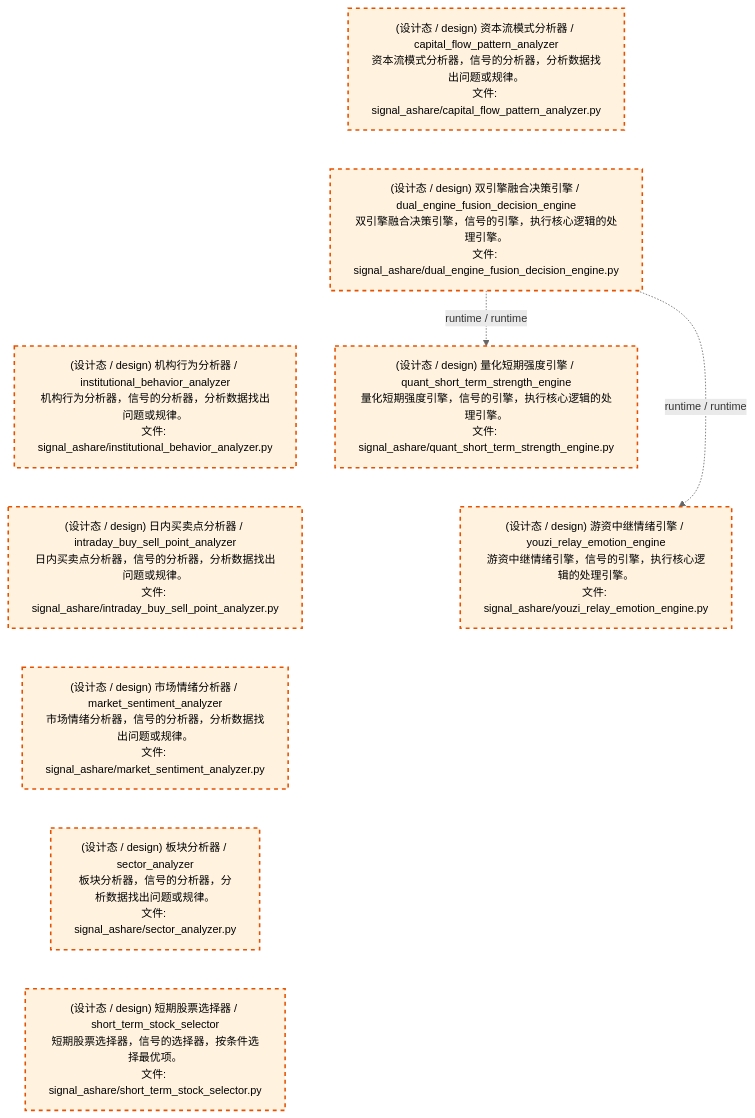
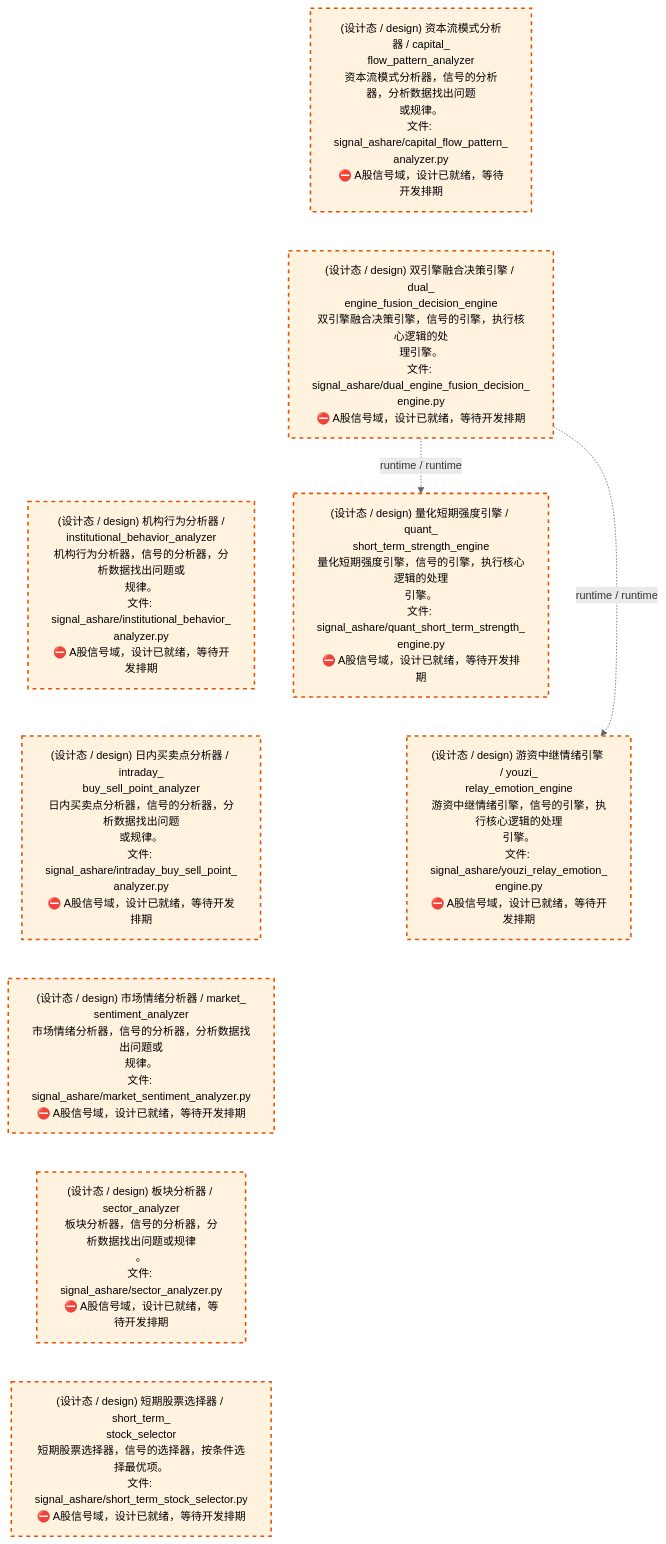
Before and after one commit to xuanFelixVan/ZephyrAlpha: the third of 4 diagrams in docs/02_enterprise_architecture/02_domain_architecture_docs/32_d_ashare_signal.md, drawn with Mermaid. The commit also changed other lines of this file and 61 other files, not shown here.

````diff
--- a/docs/02_enterprise_architecture/02_domain_architecture_docs/32_d_ashare_signal.md
+++ b/docs/02_enterprise_architecture/02_domain_architecture_docs/32_d_ashare_signal.md
@@ -130,27 +130,27 @@
 ```mermaid
 %%{init: {'theme': 'base', 'themeVariables': {'primaryColor': '#eaeaea', 'primaryTextColor': '#333333', 'primaryBorderColor': '#666666', 'lineColor': '#666666', 'secondaryColor': '#eaeaea', 'tertiaryColor': '#eaeaea', 'fontSize': '14px'}}}%%
 flowchart TD
-    src_zephyr_signal_ashare_capital_flow_pattern_analyzer_py["(设计态 / design) 资本流模式分析器 / capital_flow_pattern_analyzer<br/>资本流模式分析器，信号的分析器，分析数据找出问题或规律。<br/>文件: signal_ashare/capital_flow_pattern_analyzer.py"]
-    src_zephyr_signal_ashare_dual_engine_fusion_decision_engine_py["(设计态 / design) 双引擎融合决策引擎 / dual_engine_fusion_decision_engine<br/>双引擎融合决策引擎，信号的引擎，执行核心逻辑的处理引擎。<br/>文件: signal_ashare/dual_engine_fusion_decision_engine.py"]
-    src_zephyr_signal_ashare_institutional_behavior_analyzer_py["(设计态 / design) 机构行为分析器 / institutional_behavior_analyzer<br/>机构行为分析器，信号的分析器，分析数据找出问题或规律。<br/>文件: signal_ashare/institutional_behavior_analyzer.py"]
-    src_zephyr_signal_ashare_intraday_buy_sell_point_analyzer_py["(设计态 / design) 日内买卖点分析器 / intraday_buy_sell_point_analyzer<br/>日内买卖点分析器，信号的分析器，分析数据找出问题或规律。<br/>文件: signal_ashare/intraday_buy_sell_point_analyzer.py"]
-    src_zephyr_signal_ashare_market_sentiment_analyzer_py["(设计态 / design) 市场情绪分析器 / market_sentiment_analyzer<br/>市场情绪分析器，信号的分析器，分析数据找出问题或规律。<br/>文件: signal_ashare/market_sentiment_analyzer.py"]
-    src_zephyr_signal_ashare_sector_analyzer_py["(设计态 / design) 板块分析器 / sector_analyzer<br/>板块分析器，信号的分析器，分析数据找出问题或规律。<br/>文件: signal_ashare/sector_analyzer.py"]
-    src_zephyr_signal_ashare_short_term_stock_selector_py["(设计态 / design) 短期股票选择器 / short_term_stock_selector<br/>短期股票选择器，信号的选择器，按条件选择最优项。<br/>文件: signal_ashare/short_term_stock_selector.py"]
+    src_zephyr_signal_ashare_capital_flow_pattern_analyzer_py["(设计态 / design) 资本流模式分析器 / capital_<br/>flow_pattern_analyzer<br/>资本流模式分析器，信号的分析器，分析数据找出问题<br/>或规律。<br/>文件: signal_ashare/capital_flow_pattern_<br/>analyzer.py<br/>⛔ A股信号域，设计已就绪，等待开发排期"]
+    src_zephyr_signal_ashare_dual_engine_fusion_decision_engine_py["(设计态 / design) 双引擎融合决策引擎 / dual_<br/>engine_fusion_decision_engine<br/>双引擎融合决策引擎，信号的引擎，执行核心逻辑的处<br/>理引擎。<br/>文件: signal_ashare/dual_engine_fusion_decision_<br/>engine.py<br/>⛔ A股信号域，设计已就绪，等待开发排期"]
+    src_zephyr_signal_ashare_institutional_behavior_analyzer_py["(设计态 / design) 机构行为分析器 /<br/>institutional_behavior_analyzer<br/>机构行为分析器，信号的分析器，分析数据找出问题或<br/>规律。<br/>文件: signal_ashare/institutional_behavior_<br/>analyzer.py<br/>⛔ A股信号域，设计已就绪，等待开发排期"]
+    src_zephyr_signal_ashare_intraday_buy_sell_point_analyzer_py["(设计态 / design) 日内买卖点分析器 / intraday_<br/>buy_sell_point_analyzer<br/>日内买卖点分析器，信号的分析器，分析数据找出问题<br/>或规律。<br/>文件: signal_ashare/intraday_buy_sell_point_<br/>analyzer.py<br/>⛔ A股信号域，设计已就绪，等待开发排期"]
+    src_zephyr_signal_ashare_market_sentiment_analyzer_py["(设计态 / design) 市场情绪分析器 / market_<br/>sentiment_analyzer<br/>市场情绪分析器，信号的分析器，分析数据找出问题或<br/>规律。<br/>文件: signal_ashare/market_sentiment_analyzer.py<br/>⛔ A股信号域，设计已就绪，等待开发排期"]
+    src_zephyr_signal_ashare_sector_analyzer_py["(设计态 / design) 板块分析器 / sector_analyzer<br/>板块分析器，信号的分析器，分析数据找出问题或规律<br/>。<br/>文件: signal_ashare/sector_analyzer.py<br/>⛔ A股信号域，设计已就绪，等待开发排期"]
+    src_zephyr_signal_ashare_short_term_stock_selector_py["(设计态 / design) 短期股票选择器 / short_term_<br/>stock_selector<br/>短期股票选择器，信号的选择器，按条件选择最优项。<br/>文件: signal_ashare/short_term_stock_selector.py<br/>⛔ A股信号域，设计已就绪，等待开发排期"]
     src_zephyr_signal_ashare_capital_flow_pattern_analyzer_py ~~~ src_zephyr_signal_ashare_dual_engine_fusion_decision_engine_py
     src_zephyr_signal_ashare_dual_engine_fusion_decision_engine_py ~~~ src_zephyr_signal_ashare_institutional_behavior_analyzer_py
     src_zephyr_signal_ashare_institutional_behavior_analyzer_py ~~~ src_zephyr_signal_ashare_intraday_buy_sell_point_analyzer_py
     src_zephyr_signal_ashare_intraday_buy_sell_point_analyzer_py ~~~ src_zephyr_signal_ashare_market_sentiment_analyzer_py
     src_zephyr_signal_ashare_market_sentiment_analyzer_py ~~~ src_zephyr_signal_ashare_sector_analyzer_py
     src_zephyr_signal_ashare_sector_analyzer_py ~~~ src_zephyr_signal_ashare_short_term_stock_selector_py
-    src_zephyr_signal_ashare_quant_short_term_strength_engine_py["(设计态 / design) 量化短期强度引擎 / quant_short_term_strength_engine<br/>量化短期强度引擎，信号的引擎，执行核心逻辑的处理引擎。<br/>文件: signal_ashare/quant_short_term_strength_engine.py"]
-    src_zephyr_signal_ashare_youzi_relay_emotion_engine_py["(设计态 / design) 游资中继情绪引擎 / youzi_relay_emotion_engine<br/>游资中继情绪引擎，信号的引擎，执行核心逻辑的处理引擎。<br/>文件: signal_ashare/youzi_relay_emotion_engine.py"]
+    src_zephyr_signal_ashare_quant_short_term_strength_engine_py["(设计态 / design) 量化短期强度引擎 / quant_<br/>short_term_strength_engine<br/>量化短期强度引擎，信号的引擎，执行核心逻辑的处理<br/>引擎。<br/>文件: signal_ashare/quant_short_term_strength_<br/>engine.py<br/>⛔ A股信号域，设计已就绪，等待开发排期"]
+    src_zephyr_signal_ashare_youzi_relay_emotion_engine_py["(设计态 / design) 游资中继情绪引擎 / youzi_<br/>relay_emotion_engine<br/>游资中继情绪引擎，信号的引擎，执行核心逻辑的处理<br/>引擎。<br/>文件: signal_ashare/youzi_relay_emotion_<br/>engine.py<br/>⛔ A股信号域，设计已就绪，等待开发排期"]
     src_zephyr_signal_ashare_quant_short_term_strength_engine_py ~~~ src_zephyr_signal_ashare_youzi_relay_emotion_engine_py
     src_zephyr_signal_ashare_dual_engine_fusion_decision_engine_py -.->|runtime / runtime| src_zephyr_signal_ashare_youzi_relay_emotion_engine_py
     src_zephyr_signal_ashare_dual_engine_fusion_decision_engine_py -.->|runtime / runtime| src_zephyr_signal_ashare_quant_short_term_strength_engine_py
     classDef production fill:#e1f5fe,stroke:#01579b,stroke-width:2px,color:#000
     classDef design fill:#fff3e0,stroke:#e65100,stroke-width:2px,color:#000,stroke-dasharray: 5 5
     classDef external_prod fill:#e8f4fd,stroke:#0277bd,stroke-width:1px,color:#000
     classDef external_design fill:#fff8e7,stroke:#ef6c00,stroke-width:1px,color:#000,stroke-dasharray: 5 5
     class src_zephyr_signal_ashare_capital_flow_pattern_analyzer_py,src_zephyr_signal_ashare_dual_engine_fusion_decision_engine_py,src_zephyr_signal_ashare_institutional_behavior_analyzer_py,src_zephyr_signal_ashare_intraday_buy_sell_point_analyzer_py,src_zephyr_signal_ashare_market_sentiment_analyzer_py,src_zephyr_signal_ashare_quant_short_term_strength_engine_py,src_zephyr_signal_ashare_sector_analyzer_py,src_zephyr_signal_ashare_short_term_stock_selector_py,src_zephyr_signal_ashare_youzi_relay_emotion_engine_py design
 ```
````
